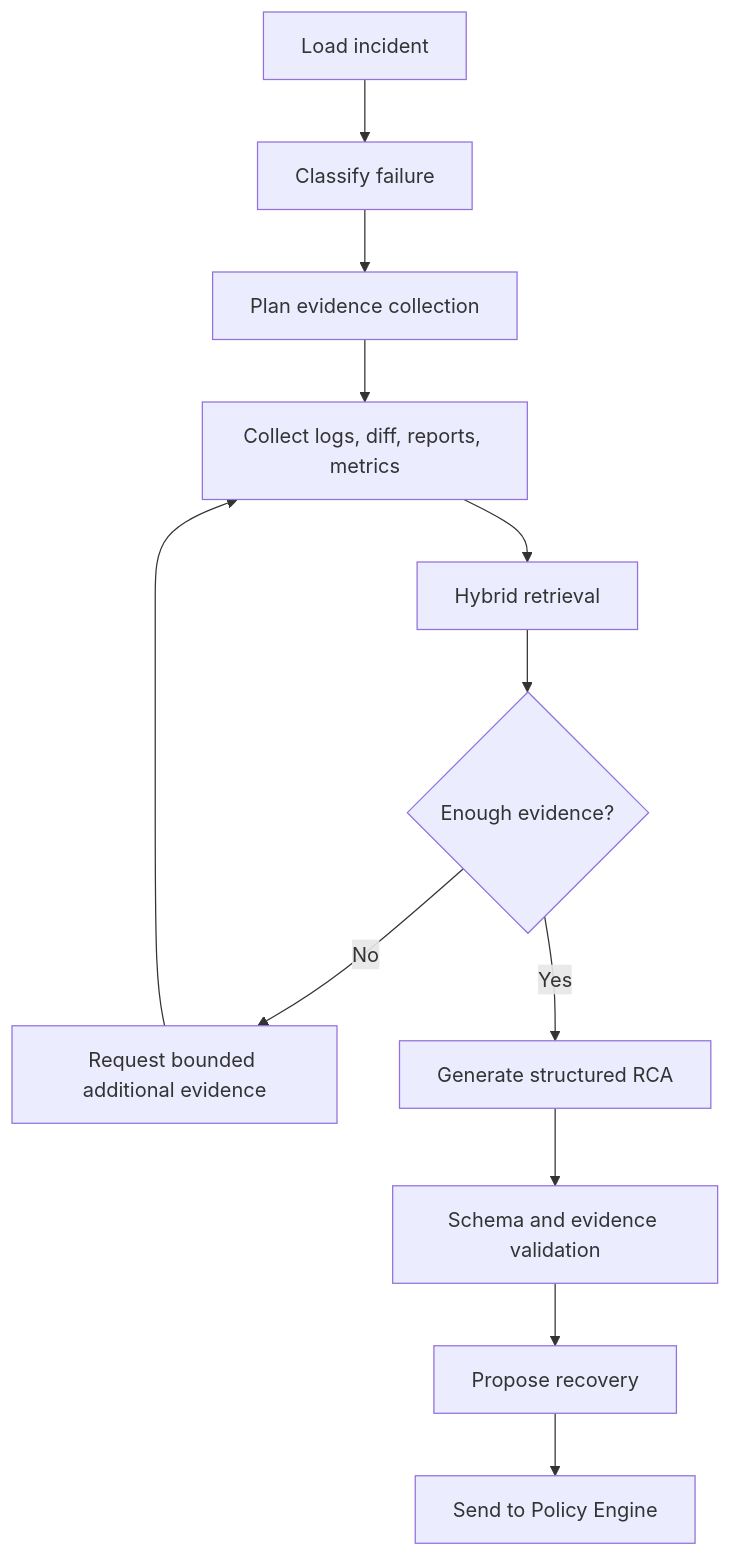
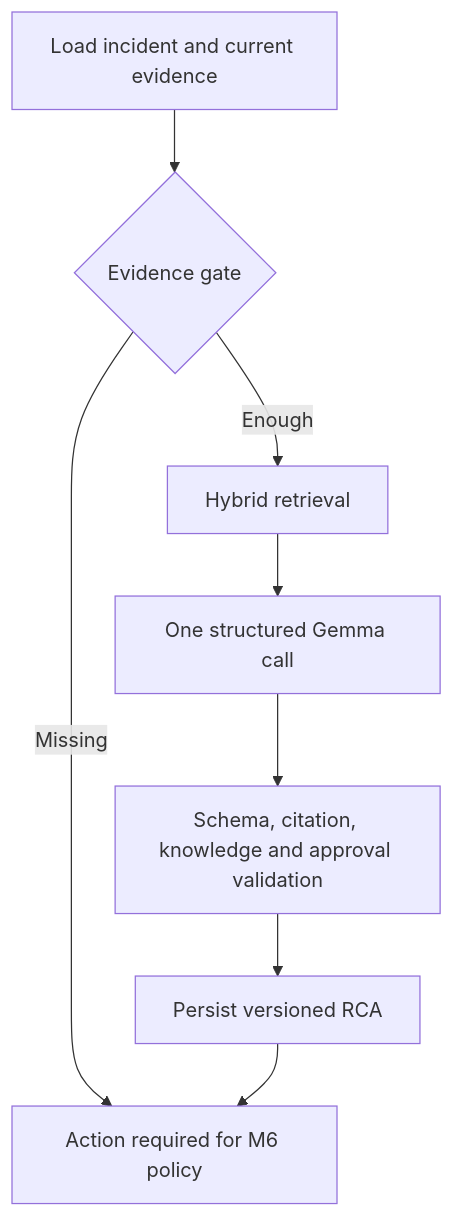
Before and after one commit to AndyAnh174/dataops-control-plane: the diagram in docs/06-ai-agent-rag-policy.md, drawn with Mermaid. The commit also changed other lines of this file and 19 other files, not shown here.

````diff
--- a/docs/06-ai-agent-rag-policy.md
+++ b/docs/06-ai-agent-rag-policy.md
@@ -21,14 +21,10 @@
 ```mermaid
 flowchart TD
-    START[Load incident] --> CLASSIFY[Classify failure]
-    CLASSIFY --> PLAN[Plan evidence collection]
-    PLAN --> COLLECT[Collect logs, diff, reports, metrics]
-    COLLECT --> RETRIEVE[Hybrid retrieval]
-    RETRIEVE --> CHECK{Enough evidence?}
-    CHECK -- No --> MORE[Request bounded additional evidence]
-    MORE --> COLLECT
-    CHECK -- Yes --> RCA[Generate structured RCA]
-    RCA --> VALIDATE[Schema and evidence validation]
-    VALIDATE --> PROPOSE[Propose recovery]
-    PROPOSE --> POLICY[Send to Policy Engine]
+    START[Load incident and current evidence] --> CHECK{Evidence gate}
+    CHECK -- Missing --> HUMAN[Action required; no LLM call]
+    CHECK -- Enough --> RETRIEVE[Hybrid retrieval]
+    RETRIEVE --> RCA[One structured Gemma call]
+    RCA --> VALIDATE[Schema, citation, knowledge and approval validation]
+    VALIDATE --> STORE[Persist versioned RCA]
+    STORE --> HUMAN[Action required for M6 policy]
 ```
````
